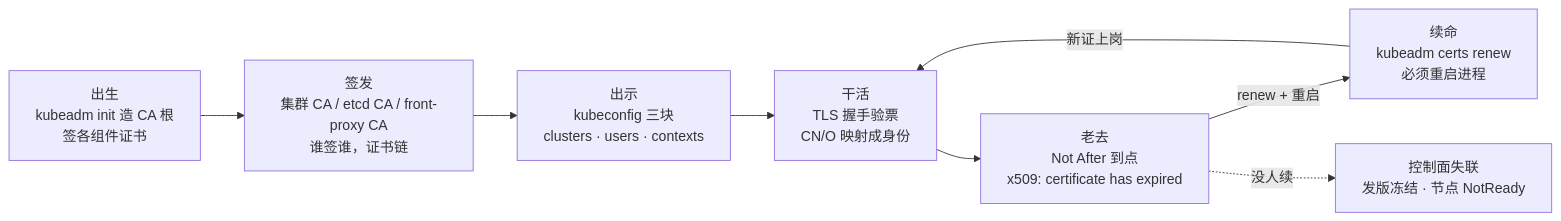
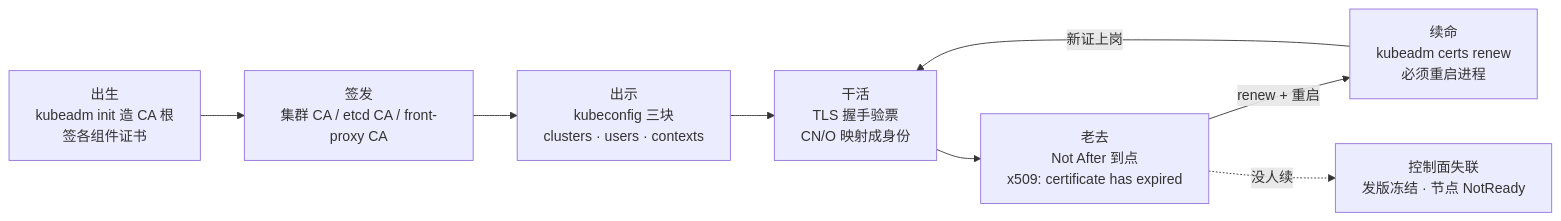
The first of 6 diagrams in 03-Kubernetes/14-证书与kubeconfig/知识点.md (ml-cuizijun/LearnToLilith), drawn with Mermaid before and after one commit. The commit also changed other lines of this file and 178 other files, not shown here.

````diff
--- a/03-Kubernetes/14-证书与kubeconfig/知识点.md
+++ b/03-Kubernetes/14-证书与kubeconfig/知识点.md
@@ -21,14 +15,14 @@
 ```mermaid
 flowchart LR
     BORN["出生<br/>kubeadm init 造 CA 根<br/>签各组件证书"]
-    CHAIN["签发<br/>集群 CA / etcd CA / front-proxy CA<br/>谁签谁，证书链"]
+    CHAIN["签发<br/>集群 CA / etcd CA / front-proxy CA"]
     CARRY["出示<br/>kubeconfig 三块<br/>clusters · users · contexts"]
     WORK["干活<br/>TLS 握手验票<br/>CN/O 映射成身份"]
     OLD["老去<br/>Not After 到点<br/>x509: certificate has expired"]
     RENEW["续命<br/>kubeadm certs renew<br/>必须重启进程"]
     BORN --> CHAIN --> CARRY --> WORK
     WORK --> OLD
     OLD -->|renew + 重启| RENEW
     RENEW -->|新证上岗| WORK
     OLD -.->|没人续| DEAD["控制面失联<br/>发版冻结 · 节点 NotReady"]
 ```
````
